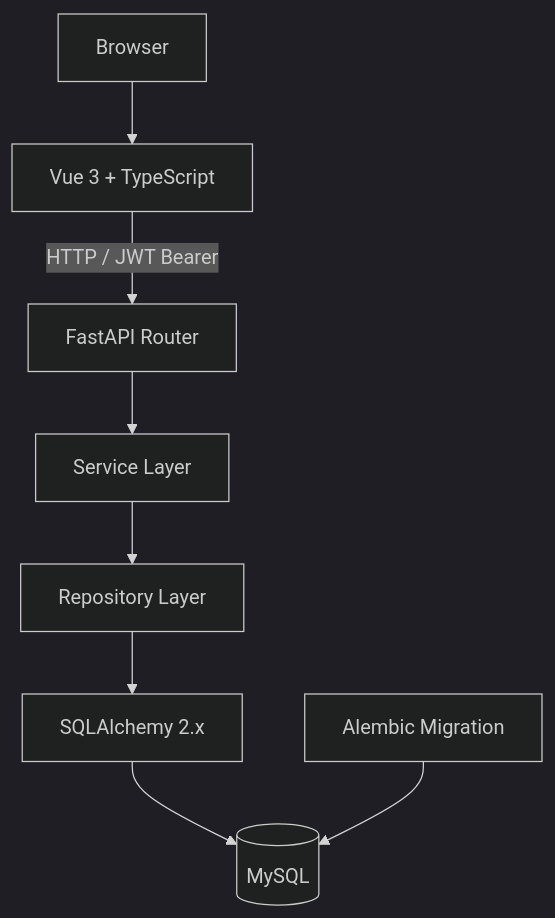
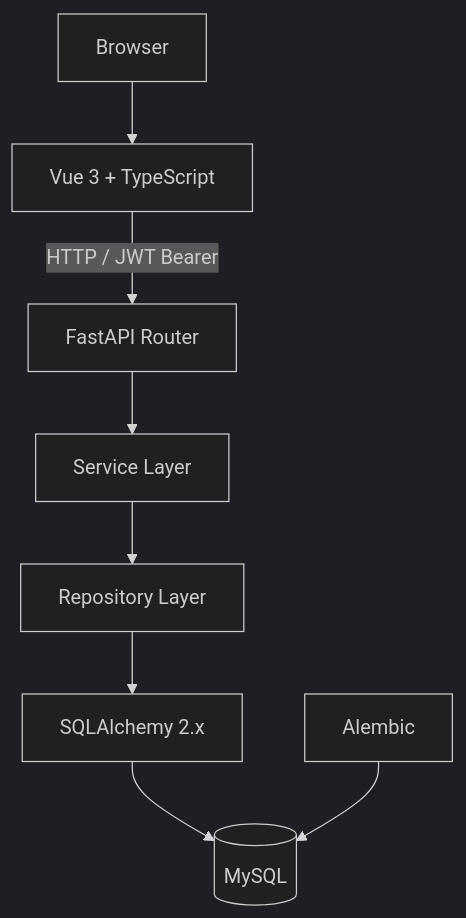
One commit to FXYGIT/Approval-System changed the diagram in docs/02-System-Architecture.md. Above: the diagram before and after it, drawn with Mermaid (dark theme). The commit also changed other lines of this file and 7 other files, not shown here.

````diff
--- a/docs/02-System-Architecture.md
+++ b/docs/02-System-Architecture.md
@@ -26,19 +15,10 @@
 ```mermaid
 flowchart TB
-    Browser[Browser]
-    FE[Vue 3 + TypeScript]
-    API[FastAPI Router]
-    SVC[Service Layer]
-    REPO[Repository Layer]
-    ORM[SQLAlchemy 2.x]
-    DB[(MySQL)]
-    MIG[Alembic Migration]
-
-    Browser --> FE
-    FE -->|HTTP / JWT Bearer| API
-    API --> SVC
-    SVC --> REPO
-    REPO --> ORM
-    ORM --> DB
-    MIG --> DB
+    Browser --> FE[Vue 3 + TypeScript]
+    FE -->|HTTP / JWT Bearer| API[FastAPI Router]
+    API --> SVC[Service Layer]
+    SVC --> REPO[Repository Layer]
+    REPO --> ORM[SQLAlchemy 2.x]
+    ORM --> DB[(MySQL)]
+    MIG[Alembic] --> DB
 ```
````
